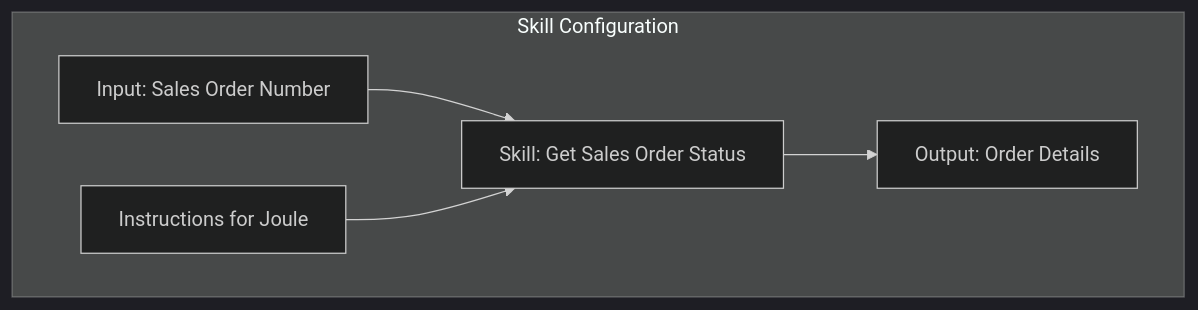
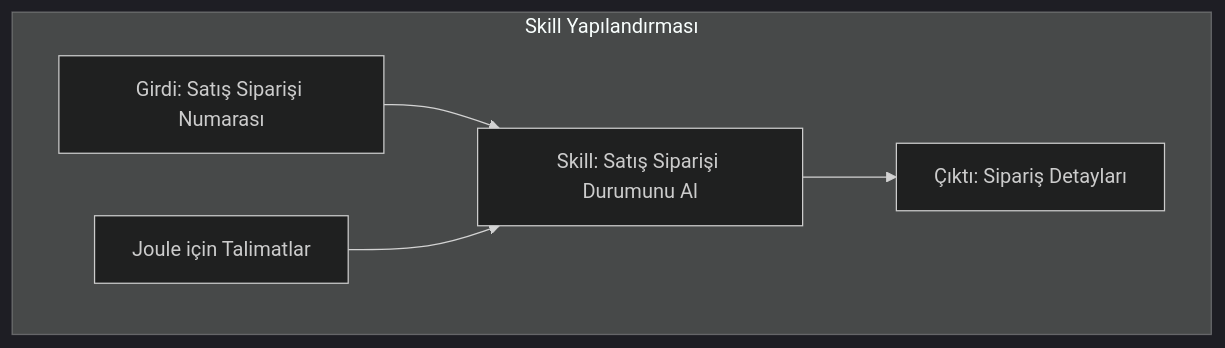
Before and after one commit to beyhanmeyrali/sap-all: the fifth of 7 diagrams in Technical Tutorials/BTP/TR/chapters/09-first-joule-skill.md, drawn with Mermaid (dark theme). The commit also changed other lines of this file and 11 other files, not shown here.

````diff
--- a/Technical Tutorials/BTP/TR/chapters/09-first-joule-skill.md
+++ b/Technical Tutorials/BTP/TR/chapters/09-first-joule-skill.md
@@ -345,13 +345,13 @@
 ```mermaid
 flowchart TD
-    subgraph "Skill Configuration"
-        SK[Skill: Get Sales Order Status]
-        IN[Input: Sales Order Number]
-        OUT[Output: Order Details]
-        INS[Instructions for Joule]
+    subgraph "Skill Yapılandırması"
+        SK[Skill: Satış Siparişi Durumunu Al]
+        IN[Girdi: Satış Siparişi Numarası]
+        OUT[Çıktı: Sipariş Detayları]
+        INS[Joule için Talimatlar]
     end
 
     IN --> SK
     SK --> OUT
     INS --> SK
 ```
````
